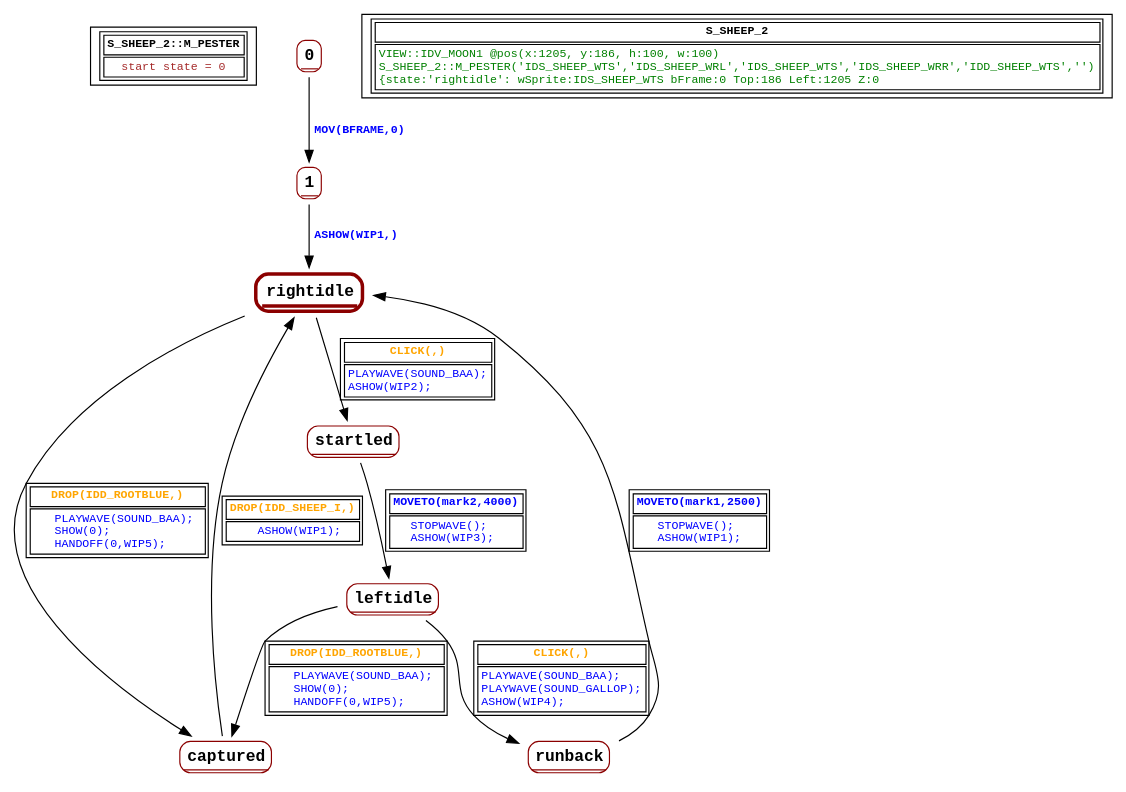
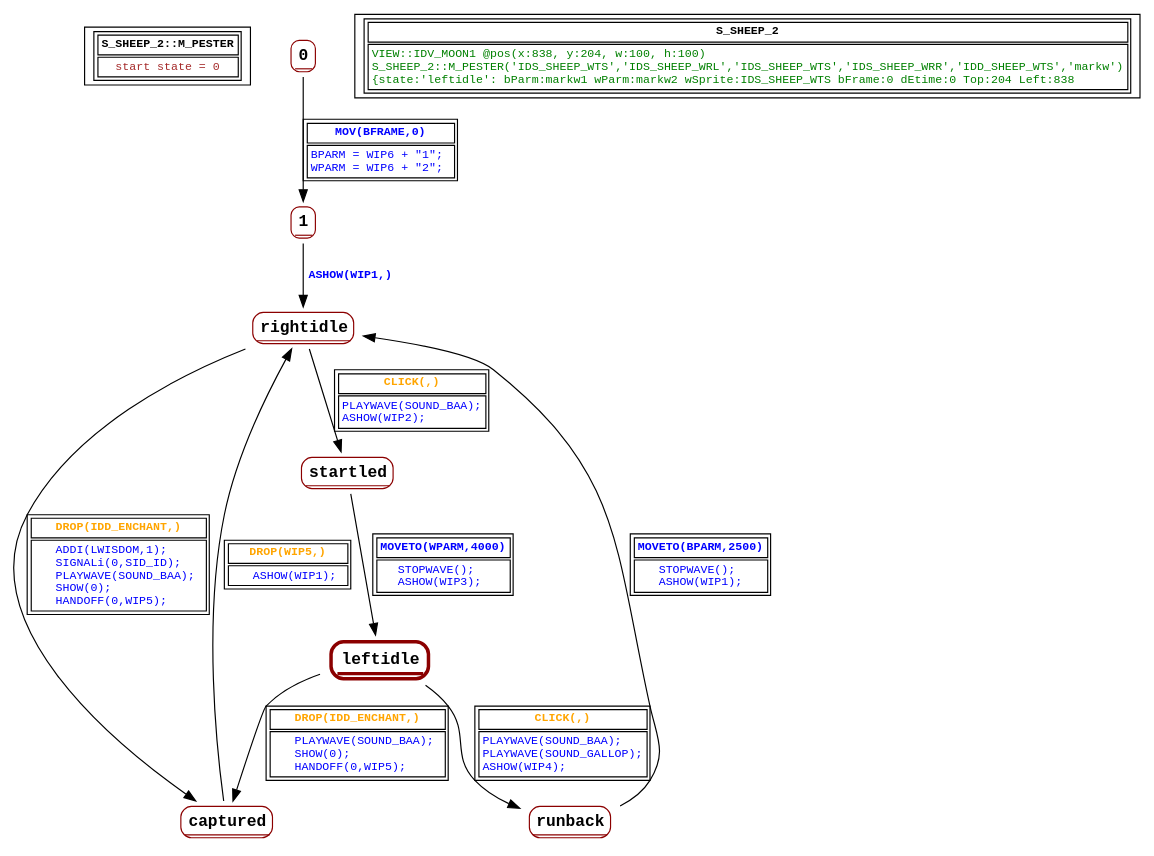
Before and after one commit to guy-stewart/AzariaCD: the diagram in graphs/S_SHEEP_2.dot, drawn with Graphviz. The commit also changed 19 other files, not shown here.

```diff
--- a/graphs/S_SHEEP_2.dot
+++ b/graphs/S_SHEEP_2.dot
@@ -1,51 +1,51 @@
 digraph Automaton {
  fontname="Courier New"
 	node [shape=oval, fontname="Courier New"];
 	filename[shape = record, fontsize=10, label=< <table border="1"><tr><td><b>S_SHEEP_2::M_PESTER<br align="left"/></b></td></tr>
 <tr><td><font point-size="10" color ="brown">start state = 0<br align="left"/></font></td></tr></table>>
 ];
 	0[shape = none, fontsize=14, label=< <table border="1" color="darkred" style="rounded"><tr><td sides="b"><b>0<br align="left"/></b></td></tr>
 </table>>];
-"0" -> "1" [fontcolor=blue,fontsize=10,fontname="Courier New", label=< <table border="0"><tr><td><b>MOV(BFRAME,0)<br align="left"/></b></td></tr>
-</table>>
+"0" -> "1" [fontcolor=blue,fontsize=10,fontname="Courier New", label=< <table border="1"><tr><td><b>MOV(BFRAME,0)<br align="left"/></b></td></tr>
+<tr><td><font point-size="10" color ="blue"> BPARM = WIP6 + &quot;1&quot;;<br align="left"/> WPARM = WIP6 + &quot;2&quot;;<br align="left"/></font></td></tr></table>>
 ];
 	1[shape = none, fontsize=14, label=< <table border="1" color="darkred" style="rounded"><tr><td sides="b"><b>1<br align="left"/></b></td></tr>
 </table>>];
 "1" -> "rightidle" [fontcolor=blue,fontsize=10,fontname="Courier New", label=< <table border="0"><tr><td><b>ASHOW(WIP1,)<br align="left"/></b></td></tr>
 </table>>
 ];
 	captured[shape = none, fontsize=14, label=< <table border="1" color="darkred" style="rounded"><tr><td sides="b"><b>captured<br align="left"/></b></td></tr>
 </table>>];
-"captured" -> "rightidle" [fontcolor=orange,fontsize=10,fontname="Courier New", label=< <table border="1"><tr><td><b>DROP(IDD_SHEEP_I,)<br align="left"/></b></td></tr>
+"captured" -> "rightidle" [fontcolor=orange,fontsize=10,fontname="Courier New", label=< <table border="1"><tr><td><b>DROP(WIP5,)<br align="left"/></b></td></tr>
 <tr><td><font point-size="10" color ="blue">    ASHOW(WIP1);<br align="left"/></font></td></tr></table>>
 ];
-	leftidle[shape = none, fontsize=14, label=< <table border="1" color="darkred" style="rounded"><tr><td sides="b"><b>leftidle<br align="left"/></b></td></tr>
+	leftidle[shape = none, fontsize=14, label=< <table border="3" color="darkred" style="rounded"><tr><td sides="b"><b>leftidle<br align="left"/></b></td></tr>
 </table>>];
 "leftidle" -> "runback" [fontcolor=orange,fontsize=10,fontname="Courier New", label=< <table border="1"><tr><td><b>CLICK(,)<br align="left"/></b></td></tr>
 <tr><td><font point-size="10" color ="blue">PLAYWAVE(SOUND_BAA);<br align="left"/>PLAYWAVE(SOUND_GALLOP);<br align="left"/> ASHOW(WIP4);<br align="left"/></font></td></tr></table>>
 ];
-"leftidle" -> "captured" [fontcolor=orange,fontsize=10,fontname="Courier New", label=< <table border="1"><tr><td><b>DROP(IDD_ROOTBLUE,)<br align="left"/></b></td></tr>
+"leftidle" -> "captured" [fontcolor=orange,fontsize=10,fontname="Courier New", label=< <table border="1"><tr><td><b>DROP(IDD_ENCHANT,)<br align="left"/></b></td></tr>
 <tr><td><font point-size="10" color ="blue">    PLAYWAVE(SOUND_BAA);<br align="left"/>    SHOW(0);<br align="left"/>    HANDOFF(0,WIP5);<br align="left"/></font></td></tr></table>>
 ];
-	rightidle[shape = none, fontsize=14, label=< <table border="3" color="darkred" style="rounded"><tr><td sides="b"><b>rightidle<br align="left"/></b></td></tr>
+	rightidle[shape = none, fontsize=14, label=< <table border="1" color="darkred" style="rounded"><tr><td sides="b"><b>rightidle<br align="left"/></b></td></tr>
 </table>>];
 "rightidle" -> "startled" [fontcolor=orange,fontsize=10,fontname="Courier New", label=< <table border="1"><tr><td><b>CLICK(,)<br align="left"/></b></td></tr>
 <tr><td><font point-size="10" color ="blue">PLAYWAVE(SOUND_BAA);<br align="left"/> ASHOW(WIP2);<br align="left"/></font></td></tr></table>>
 ];
-"rightidle" -> "captured" [fontcolor=orange,fontsize=10,fontname="Courier New", label=< <table border="1"><tr><td><b>DROP(IDD_ROOTBLUE,)<br align="left"/></b></td></tr>
-<tr><td><font point-size="10" color ="blue">    PLAYWAVE(SOUND_BAA);<br align="left"/>    SHOW(0);<br align="left"/>    HANDOFF(0,WIP5);<br align="left"/></font></td></tr></table>>
+"rightidle" -> "captured" [fontcolor=orange,fontsize=10,fontname="Courier New", label=< <table border="1"><tr><td><b>DROP(IDD_ENCHANT,)<br align="left"/></b></td></tr>
+<tr><td><font point-size="10" color ="blue">    ADDI(LWISDOM,1); <br align="left"/>    SIGNALi(0,SID_ID);<br align="left"/>    PLAYWAVE(SOUND_BAA);<br align="left"/>    SHOW(0);<br align="left"/>    HANDOFF(0,WIP5);<br align="left"/></font></td></tr></table>>
 ];
 	runback[shape = none, fontsize=14, label=< <table border="1" color="darkred" style="rounded"><tr><td sides="b"><b>runback<br align="left"/></b></td></tr>
 </table>>];
-"runback" -> "rightidle" [fontcolor=blue,fontsize=10,fontname="Courier New", label=< <table border="1"><tr><td><b>MOVETO(mark1,2500)<br align="left"/></b></td></tr>
+"runback" -> "rightidle" [fontcolor=blue,fontsize=10,fontname="Courier New", label=< <table border="1"><tr><td><b>MOVETO(BPARM,2500)<br align="left"/></b></td></tr>
 <tr><td><font point-size="10" color ="blue">STOPWAVE();<br align="left"/>ASHOW(WIP1);<br align="left"/></font></td></tr></table>>
 ];
 	startled[shape = none, fontsize=14, label=< <table border="1" color="darkred" style="rounded"><tr><td sides="b"><b>startled<br align="left"/></b></td></tr>
 </table>>];
-"startled" -> "leftidle" [fontcolor=blue,fontsize=10,fontname="Courier New", label=< <table border="1"><tr><td><b>MOVETO(mark2,4000)<br align="left"/></b></td></tr>
+"startled" -> "leftidle" [fontcolor=blue,fontsize=10,fontname="Courier New", label=< <table border="1"><tr><td><b>MOVETO(WPARM,4000)<br align="left"/></b></td></tr>
 <tr><td><font point-size="10" color ="blue">STOPWAVE();<br align="left"/> ASHOW(WIP3);<br align="left"/></font></td></tr></table>>
 ];
 	status[shape = record, fontsize=10, label=< <table border="1"><tr><td><b>S_SHEEP_2<br align="left"/></b></td></tr>
-<tr><td><font point-size="10" color ="green">VIEW::IDV_MOON1 @pos(x:1205, y:186, h:100, w:100)<br align="left"/>S_SHEEP_2::M_PESTER(&apos;IDS_SHEEP_WTS&apos;,&apos;IDS_SHEEP_WRL&apos;,&apos;IDS_SHEEP_WTS&apos;,&apos;IDS_SHEEP_WRR&apos;,&apos;IDD_SHEEP_WTS&apos;,&apos;&apos;)<br align="left"/>			&#123;state:&apos;rightidle&apos;: wSprite:IDS_SHEEP_WTS bFrame:0 Top:186 Left:1205 Z:0<br align="left"/></font></td></tr></table>>
+<tr><td><font point-size="10" color ="green">VIEW::IDV_MOON1 @pos(x:838, y:204, w:100, h:100)<br align="left"/>S_SHEEP_2::M_PESTER(&apos;IDS_SHEEP_WTS&apos;,&apos;IDS_SHEEP_WRL&apos;,&apos;IDS_SHEEP_WTS&apos;,&apos;IDS_SHEEP_WRR&apos;,&apos;IDD_SHEEP_WTS&apos;,&apos;markw&apos;)<br align="left"/>			&#123;state:&apos;leftidle&apos;: bParm:markw1 wParm:markw2 wSprite:IDS_SHEEP_WTS bFrame:0 dEtime:0 Top:204 Left:838<br align="left"/></font></td></tr></table>>
 ];
 }
```
